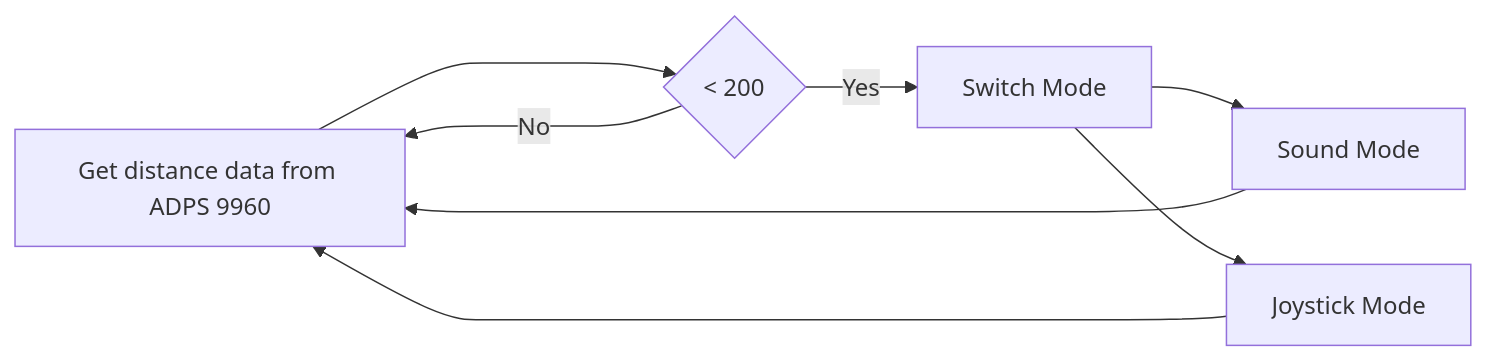
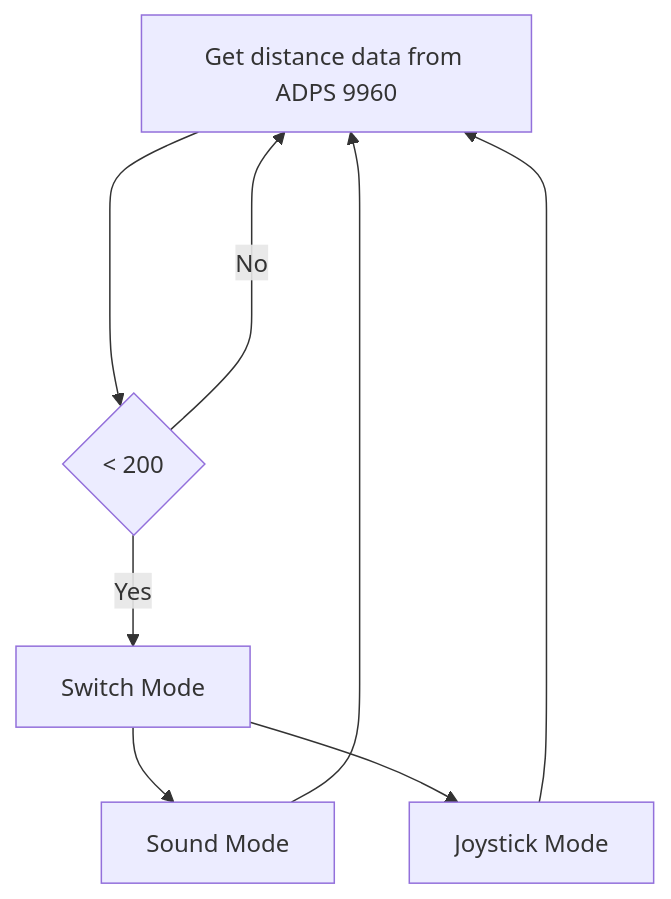
The fourth of 4 diagrams in submission.md (skyfall88888/ESE519-FinalProj), drawn with Mermaid before and after one commit. The commit also changed other lines of this file, not shown here.

````diff
--- a/submission.md
+++ b/submission.md
@@ -104,8 +105,8 @@
 ```mermaid
-graph LR;
+graph TD;
     A[Get distance data from ADPS 9960] --> B{< 200}
     B -->|Yes| C[Switch Mode]
     C --> D[Sound Mode] --> A
     C --> E[Joystick Mode] --> A
     B ---->|No| A
 ```
````
